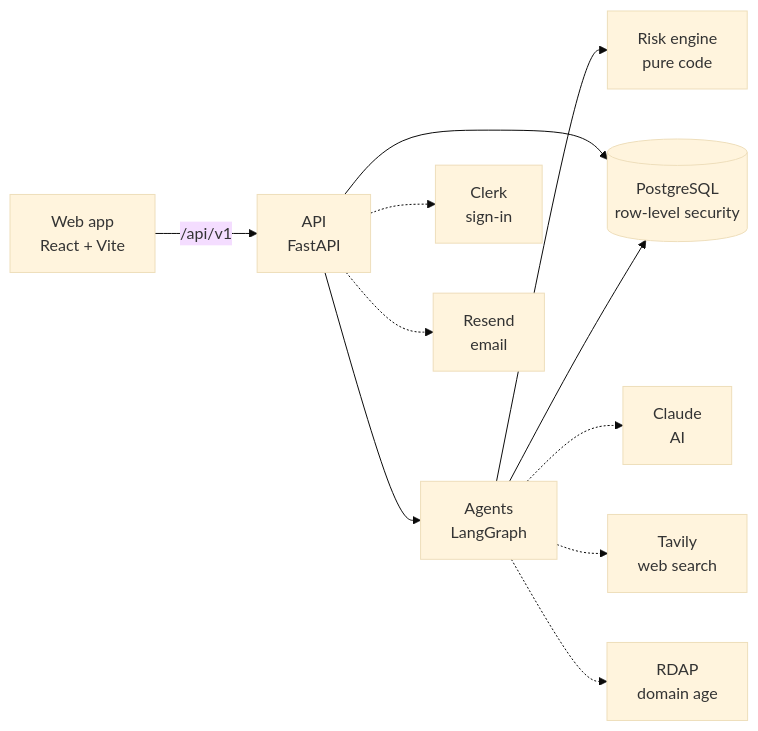
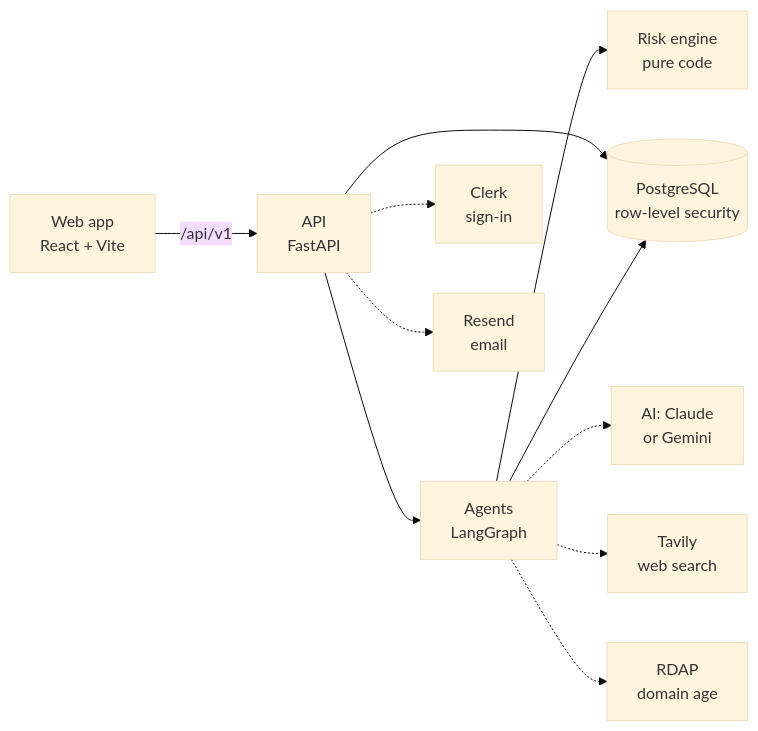
The diagram in README.md (sujalmallick/probity-ai), drawn with Mermaid (base theme) before and after one commit. The commit also changed other lines of this file and 32 other files, not shown here.

````diff
--- a/README.md
+++ b/README.md
@@ -53,13 +53,13 @@
 ```mermaid
 flowchart LR
     W[Web app<br/>React + Vite] -->|/api/v1| A[API<br/>FastAPI]
     A --> G[Agents<br/>LangGraph]
     G --> R[Risk engine<br/>pure code]
     A --> DB[(PostgreSQL<br/>row-level security)]
     G --> DB
     A -.-> C[Clerk<br/>sign-in]
-    G -.-> L[Claude<br/>AI]
+    G -.-> L[AI: Claude<br/>or Gemini]
     G -.-> T[Tavily<br/>web search]
     G -.-> RD[RDAP<br/>domain age]
     A -.-> E[Resend<br/>email]
 ```
````
